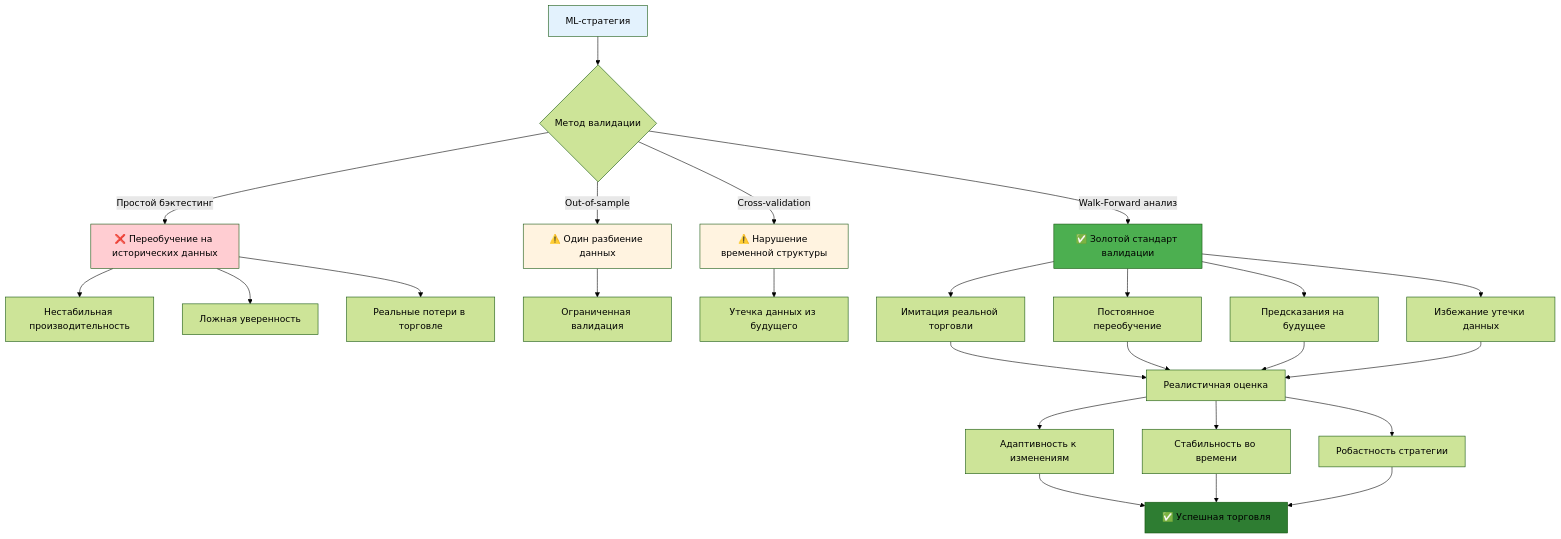
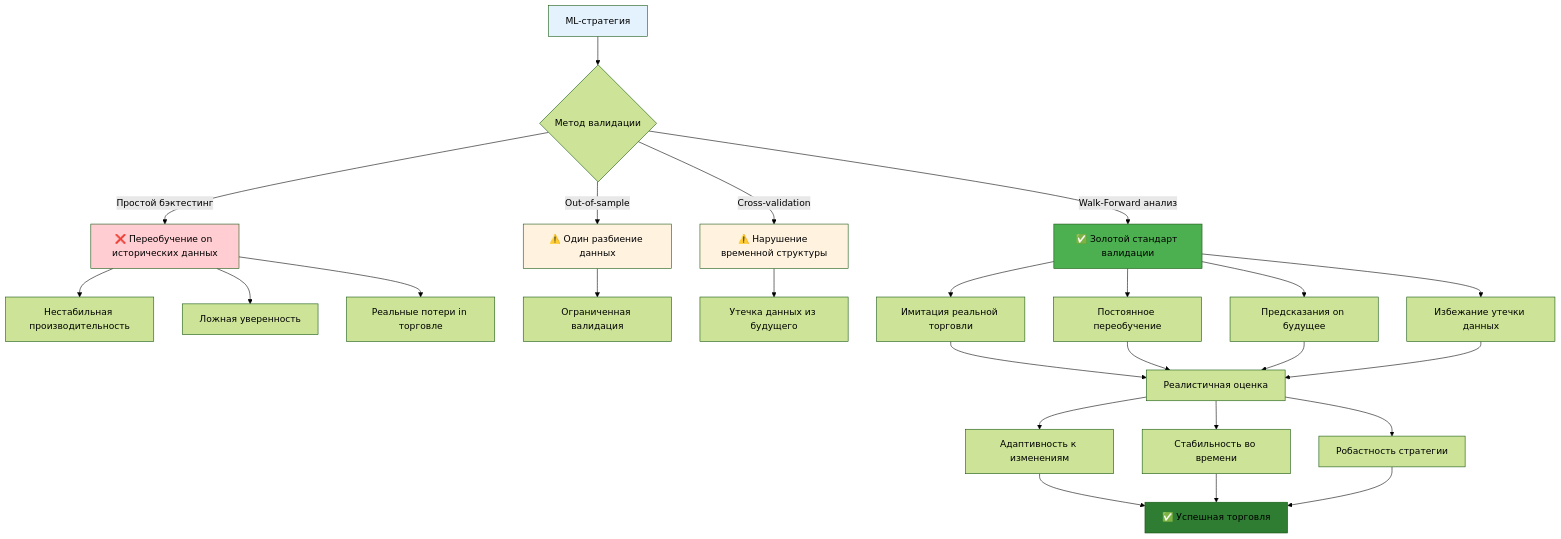
The first of 8 diagrams in docs/automl/gluon/30_walk_forward_analysis.md (NeoZorK/neozork-hld-prediction), drawn with Mermaid (forest theme) before and after one commit. The commit also changed other lines of this file and 19 other files, not shown here.

````diff
--- a/docs/automl/gluon/30_walk_forward_analysis.md
+++ b/docs/automl/gluon/30_walk_forward_analysis.md
@@ -10,41 +10,41 @@
 ```mermaid
 graph TD
-    A[ML-стратегия] --> B{Метод валидации}
-    
-    B -->|Простой бэктестинг| C[❌ Переобучение на исторических данных]
-    B -->|Out-of-sample| D[⚠️ Один разбиение данных]
-    B -->|Cross-validation| E[⚠️ Нарушение временной структуры]
-    B -->|Walk-Forward анализ| F[✅ Золотой стандарт валидации]
-    
-    C --> G[Нестабильная производительность]
-    C --> H[Ложная уверенность]
-    C --> I[Реальные потери в торговле]
-    
-    D --> J[Ограниченная валидация]
-    E --> K[Утечка данных из будущего]
-    
-    F --> L[Имитация реальной торговли]
-    F --> M[Постоянное переобучение]
-    F --> N[Предсказания на будущее]
-    F --> O[Избежание утечки данных]
-    
-    L --> P[Реалистичная оценка]
-    M --> P
-    N --> P
-    O --> P
-    
-    P --> Q[Адаптивность к изменениям]
-    P --> R[Стабильность во времени]
-    P --> S[Робастность стратегии]
-    
-    Q --> T[✅ Успешная торговля]
-    R --> T
-    S --> T
-    
-    style A fill:#e3f2fd
-    style F fill:#4caf50
-    style C fill:#ffcdd2
-    style D fill:#fff3e0
-    style E fill:#fff3e0
-    style T fill:#2e7d32
+ A[ML-стратегия] --> B{Метод валидации}
+
+ B -->|Простой бэктестинг| C[❌ Переобучение on исторических данных]
+ B -->|Out-of-sample| D[⚠️ Один разбиение данных]
+ B -->|Cross-validation| E[⚠️ Нарушение временной структуры]
+ B -->|Walk-Forward анализ| F[✅ Золотой стандарт валидации]
+
+ C --> G[Нестабильная производительность]
+ C --> H[Ложная уверенность]
+ C --> I[Реальные потери in торговле]
+
+ D --> J[Ограниченная валидация]
+ E --> K[Утечка данных из будущего]
+
+ F --> L[Имитация реальной торговли]
+ F --> M[Постоянное переобучение]
+ F --> N[Предсказания on будущее]
+ F --> O[Избежание утечки данных]
+
+ L --> P[Реалистичная оценка]
+ M --> P
+ N --> P
+ O --> P
+
+ P --> Q[Адаптивность к изменениям]
+ P --> R[Стабильность во времени]
+ P --> S[Робастность стратегии]
+
+ Q --> T[✅ Успешная торговля]
+ R --> T
+ S --> T
+
+ style A fill:#e3f2fd
+ style F fill:#4caf50
+ style C fill:#ffcdd2
+ style D fill:#fff3e0
+ style E fill:#fff3e0
+ style T fill:#2e7d32
 ```
````
